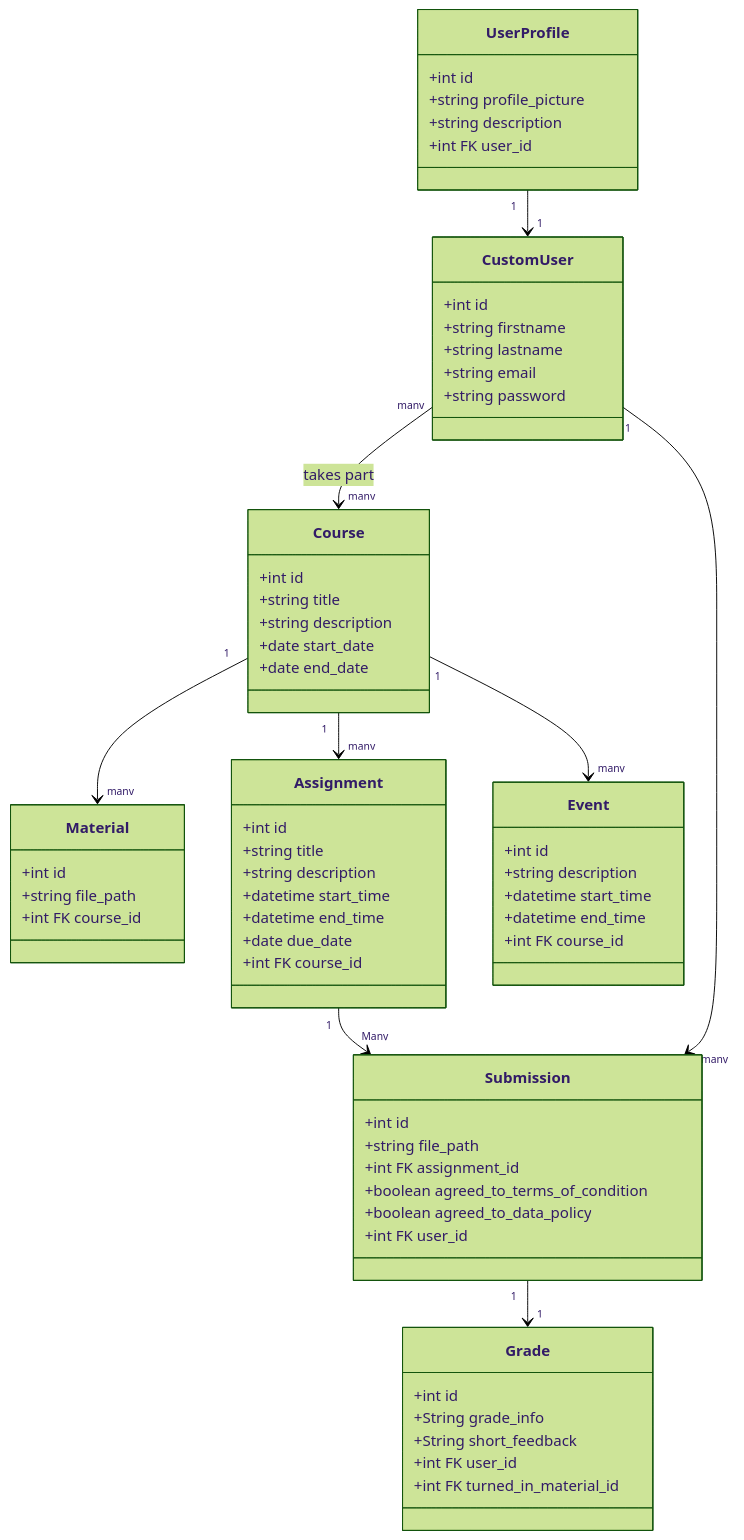
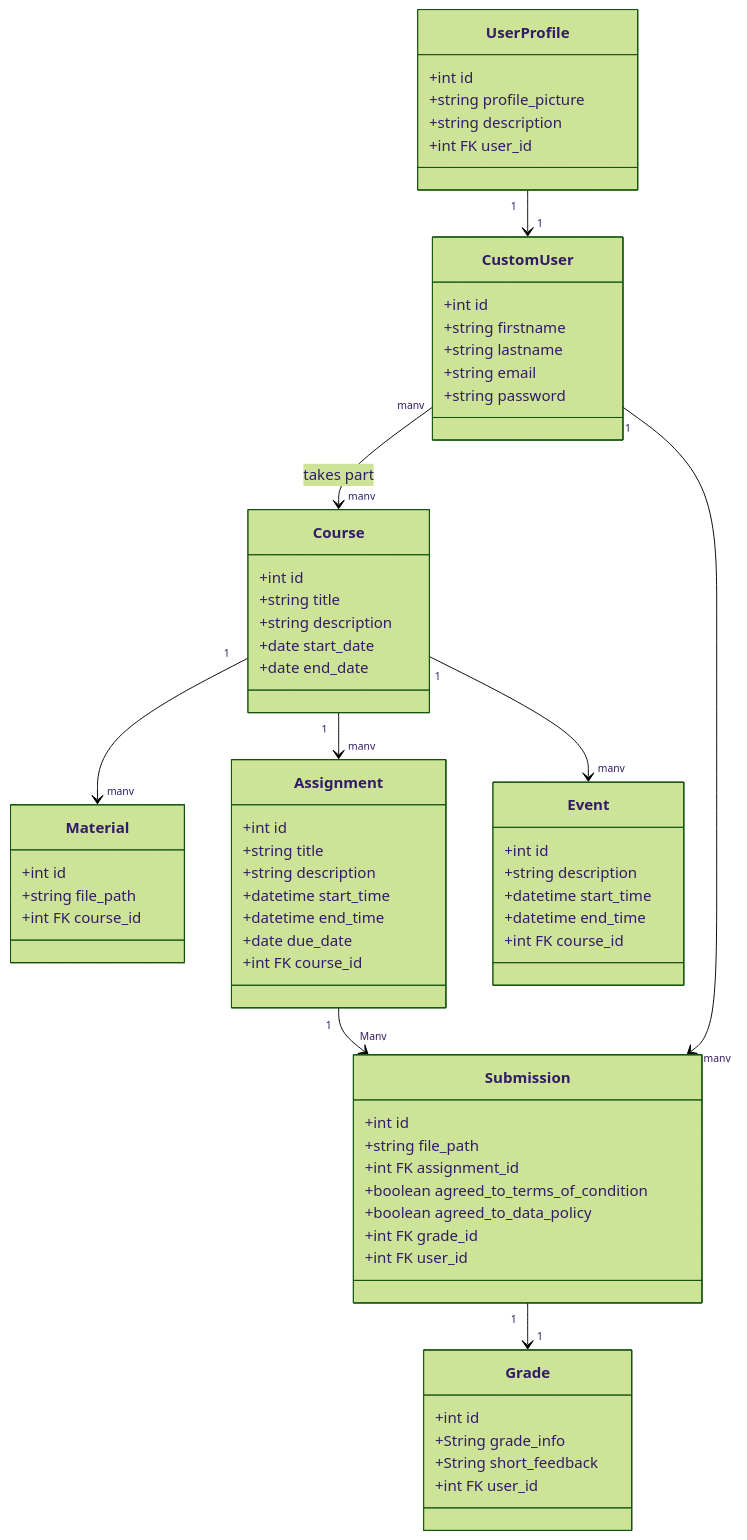
Before and after one commit to Johann110/Studurizer-Fallstudie-Software-Engineering: the diagram in Systemdokumentation/Architektur/Datenmodell/Datenbankmodell.md, drawn with Mermaid (forest theme).

````diff
--- a/Systemdokumentation/Architektur/Datenmodell/Datenbankmodell.md
+++ b/Systemdokumentation/Architektur/Datenmodell/Datenbankmodell.md
@@ -3,79 +3,79 @@
 ```mermaid 
 classDiagram
    class Course {
         +int id
         +string title
         +string description
         +date start_date
         +date end_date
     }
 
     class CustomUser {
         +int id
         +string firstname
         +string lastname
         +string email
         +string password
     }
     
     class UserProfile {
         +int id
         +string profile_picture
         +string description
         +int FK user_id
     }
 
    class Event {
         +int id
         +string description
         +datetime start_time
         +datetime end_time
         +int FK course_id
     }
 
     class Assignment {
         +int id
         +string title
         +string description
         +datetime start_time
         +datetime end_time
         +date due_date
         +int FK course_id
     }
 
     class Material {
         +int id
         +string file_path
         +int FK course_id
     }
 
    class Submission {
         +int id
         +string file_path
         +int FK assignment_id
         +boolean agreed_to_terms_of_condition
         +boolean agreed_to_data_policy
+        +int FK grade_id
         +int FK user_id
     }
 
     class Grade {
         +int id
         +String grade_info
         +String short_feedback
         +int FK user_id
-        +int FK turned_in_material_id
     }
     
 
 
     %% Beziehungen
     CustomUser "many" --> "many" Course : takes part
     Course "1" --> "many" Material
     Course "1" --> "many" Assignment
     Course "1" --> "many" Event
 
     CustomUser "1" --> "many" Submission
     UserProfile "1" --> "1" CustomUser
     Assignment "1" --> "Many" Submission
     Submission "1" --> "1" Grade
 ```
````
